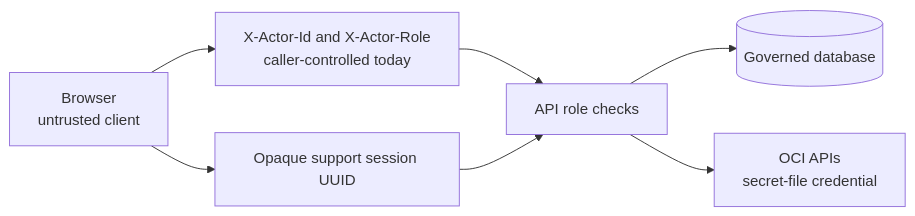
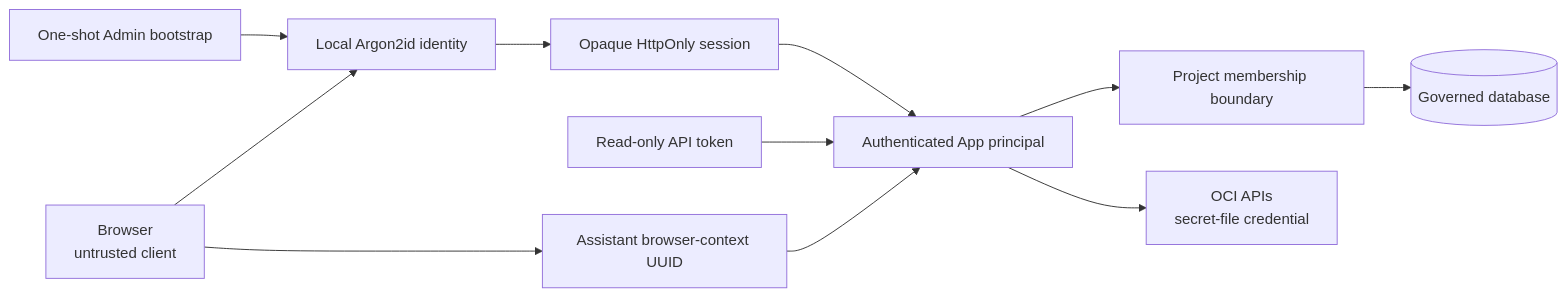
The eighth of 8 diagrams in OCI DIS Blueprint/docs/architecture/current-state-architecture.md (javierchan/oci), drawn with Mermaid before and after one commit. The commit also changed other lines of this file and 80 other files, not shown here.

Commit message:
feat(app): add governed identity and decision workflows

````diff
--- a/OCI DIS Blueprint/docs/architecture/current-state-architecture.md
+++ b/OCI DIS Blueprint/docs/architecture/current-state-architecture.md
@@ -276,13 +276,20 @@
 ```mermaid
 flowchart LR
     Browser["Browser<br/>untrusted client"]
-    Headers["X-Actor-Id and X-Actor-Role<br/>caller-controlled today"]
-    API["API role checks"]
-    Session["Opaque support session UUID"]
+    Bootstrap["One-shot Admin bootstrap"]
+    Local["Local Argon2id identity"]
+    Cookie["Opaque HttpOnly session"]
+    Token["Read-only API token"]
+    Auth["Authenticated App principal"]
+    Membership["Project membership boundary"]
+    Session["Assistant browser-context UUID"]
     DB[("Governed database")]
     OCI["OCI APIs<br/>secret-file credential"]
 
-    Browser --> Headers --> API --> DB
-    Browser --> Session --> API
-    API --> OCI
+    Bootstrap --> Local
+    Browser --> Local --> Cookie --> Auth
+    Token --> Auth
+    Auth --> Membership --> DB
+    Browser --> Session --> Auth
+    Auth --> OCI
 ```
````
